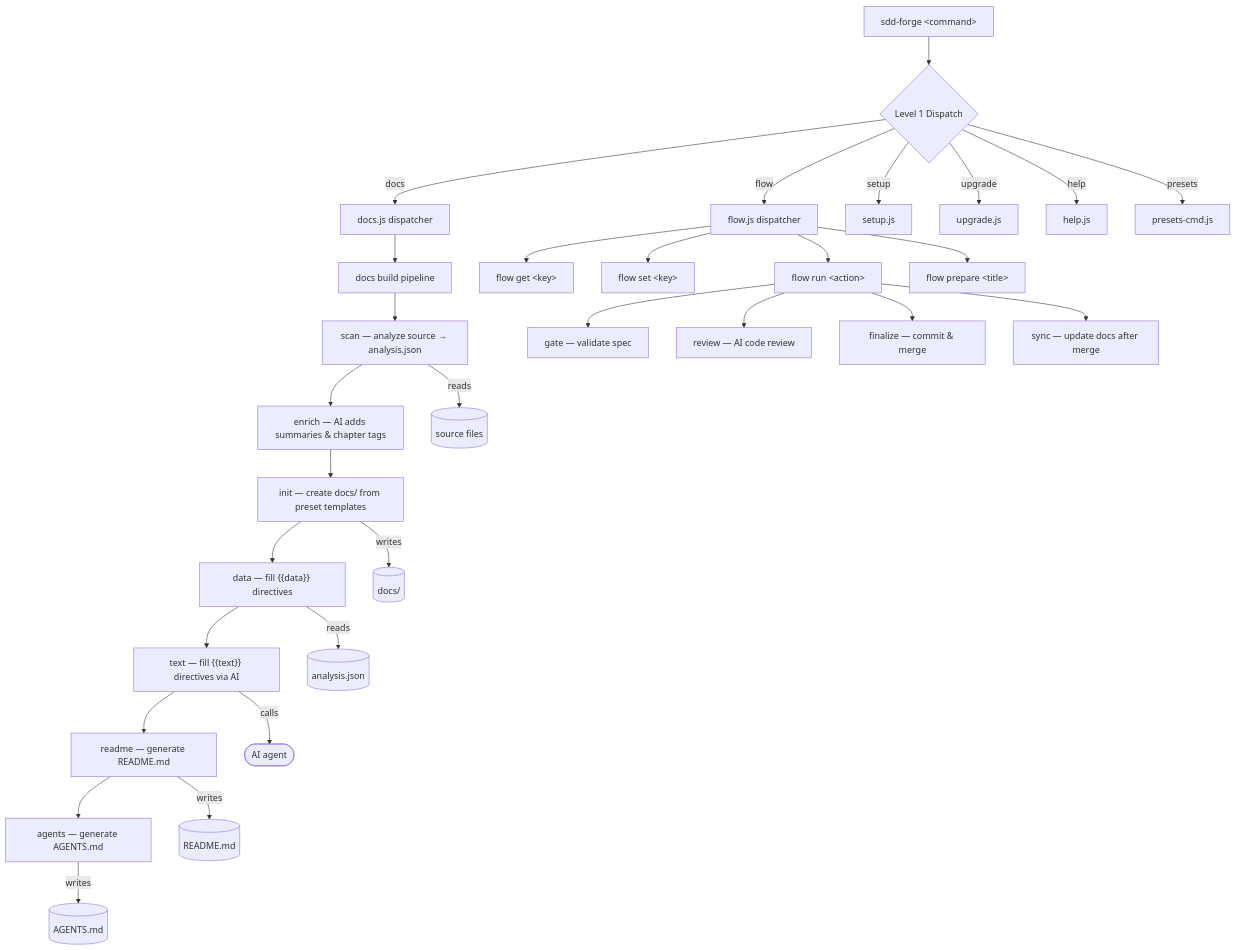
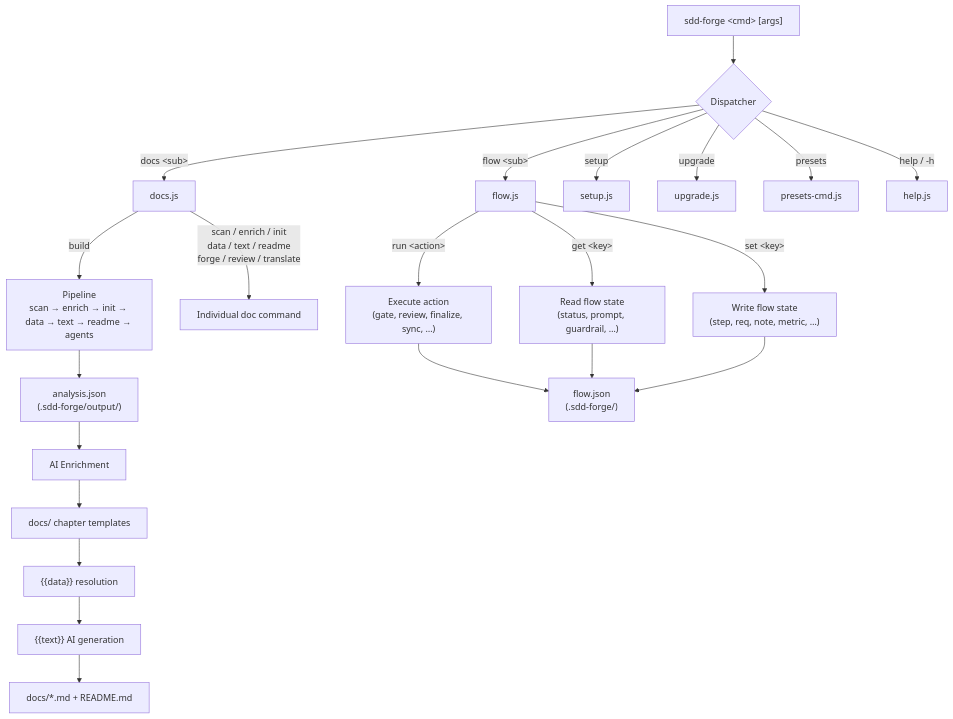
One commit to SpreadWorks/sdd-forge changed the diagram in docs/overview.md. Above: the diagram before and after it, drawn with Mermaid. The commit also changed other lines of this file and 6 other files, not shown here.

````diff
--- a/docs/overview.md
+++ b/docs/overview.md
@@ -33,37 +27,29 @@
 ```mermaid
 flowchart TD
-    CLI["sdd-forge &lt;command&gt;"] --> D1{Level 1 Dispatch}
+    CLI["sdd-forge &lt;cmd&gt; [args]"] --> DISP{Dispatcher}
 
-    D1 -->|docs| DOCS["docs.js dispatcher"]
-    D1 -->|flow| FLOW["flow.js dispatcher"]
-    D1 -->|setup| SETUP["setup.js"]
-    D1 -->|upgrade| UPGRADE["upgrade.js"]
-    D1 -->|help| HELP["help.js"]
-    D1 -->|presets| PRESETS["presets-cmd.js"]
+    DISP -->|"docs &lt;sub&gt;"| DOCS[docs.js]
+    DISP -->|"flow &lt;sub&gt;"| FLOW[flow.js]
+    DISP -->|setup| SETUP[setup.js]
+    DISP -->|upgrade| UPG[upgrade.js]
+    DISP -->|presets| PRE[presets-cmd.js]
+    DISP -->|help / -h| HELP[help.js]
 
-    DOCS --> BUILD["docs build pipeline"]
-    BUILD --> SCAN["scan — analyze source → analysis.json"]
-    SCAN --> ENRICH["enrich — AI adds summaries & chapter tags"]
-    ENRICH --> INIT["init — create docs/ from preset templates"]
-    INIT --> DATA["data — fill {{data}} directives"]
-    DATA --> TEXT["text — fill {{text}} directives via AI"]
-    TEXT --> README["readme — generate README.md"]
-    README --> AGENTS["agents — generate AGENTS.md"]
+    DOCS -->|build| PIPE["Pipeline\nscan → enrich → init → data → text → readme → agents"]
+    DOCS -->|"scan / enrich / init\ndata / text / readme\nforge / review / translate"| DCMD[Individual doc command]
 
-    FLOW --> GET["flow get &lt;key&gt;"]
-    FLOW --> SET["flow set &lt;key&gt;"]
-    FLOW --> RUN["flow run &lt;action&gt;"]
-    FLOW --> PREPARE["flow prepare &lt;title&gt;"]
+    PIPE --> ANAL["analysis.json\n(.sdd-forge/output/)"] 
+    ANAL --> ENRICH[AI Enrichment]
+    ENRICH --> TPLS["docs/ chapter templates"]
+    TPLS --> DATA["{{data}} resolution"]
+    DATA --> TEXT["{{text}} AI generation"]
+    TEXT --> OUT["docs/*.md + README.md"]
 
-    RUN --> GATE["gate — validate spec"]
-    RUN --> REVIEW["review — AI code review"]
-    RUN --> FINALIZE["finalize — commit & merge"]
-    RUN --> SYNC["sync — update docs after merge"]
+    FLOW -->|"get &lt;key&gt;"| FGET["Read flow state\n(status, prompt, guardrail, …)"]
+    FLOW -->|"set &lt;key&gt;"| FSET["Write flow state\n(step, req, note, metric, …)"]
+    FLOW -->|"run &lt;action&gt;"| FRUN["Execute action\n(gate, review, finalize, sync, …)"]
 
-    SCAN -->|reads| SRC[("source files")]
-    DATA -->|reads| AJ[("analysis.json")]
-    TEXT -->|calls| AI(["AI agent"])
-    AGENTS -->|writes| AGENTMD[("AGENTS.md")]
-    README -->|writes| READMEMD[("README.md")]
-    INIT -->|writes| DOCSDIR[("docs/")]
+    FRUN --> FSTATE["flow.json\n(.sdd-forge/)"]
+    FGET --> FSTATE
+    FSET --> FSTATE
 ```
````
